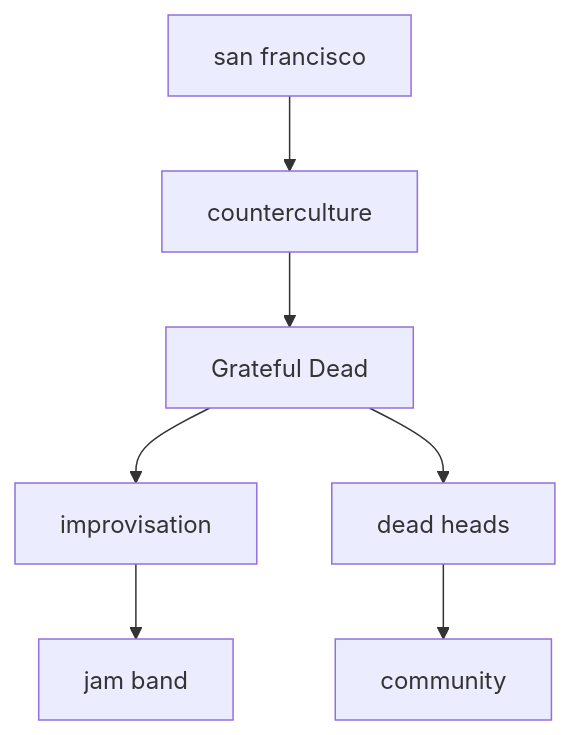
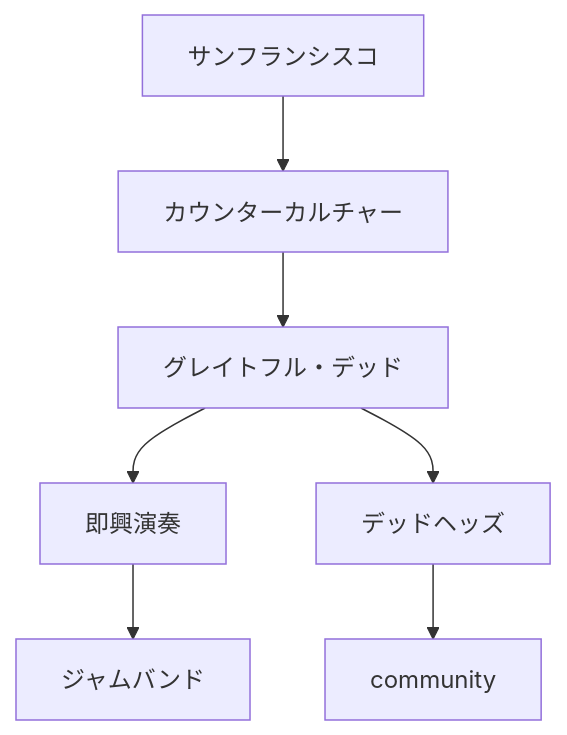
The second of 2 diagrams in en/_posts/2026-03-21-column-gratefuldead-sanfrancisco.md (monumental-movement/monumental-movement.github.io), drawn with Mermaid before and after one commit. The commit also changed other lines of this file and 2196 other files, not shown here.

```diff
--- a/en/_posts/2026-03-21-column-gratefuldead-sanfrancisco.md
+++ b/en/_posts/2026-03-21-column-gratefuldead-sanfrancisco.md
@@ -226,9 +226,9 @@
 <div class="mermaid">
 graph TD
-    A[san francisco] --> B[counterculture]
-    B --> C[Grateful Dead]
-    C --> D[improvisation]
-    C --> E[dead heads]
+    A[サンフランシスコ] --> B[カウンターカルチャー]
+    B --> C[グレイトフル・デッド]
+    C --> D[即興演奏]
+    C --> E[デッドヘッズ]
     E --> F[community]
-    D --> G[jam band]
+    D --> G[ジャムバンド]
 </div>
```
